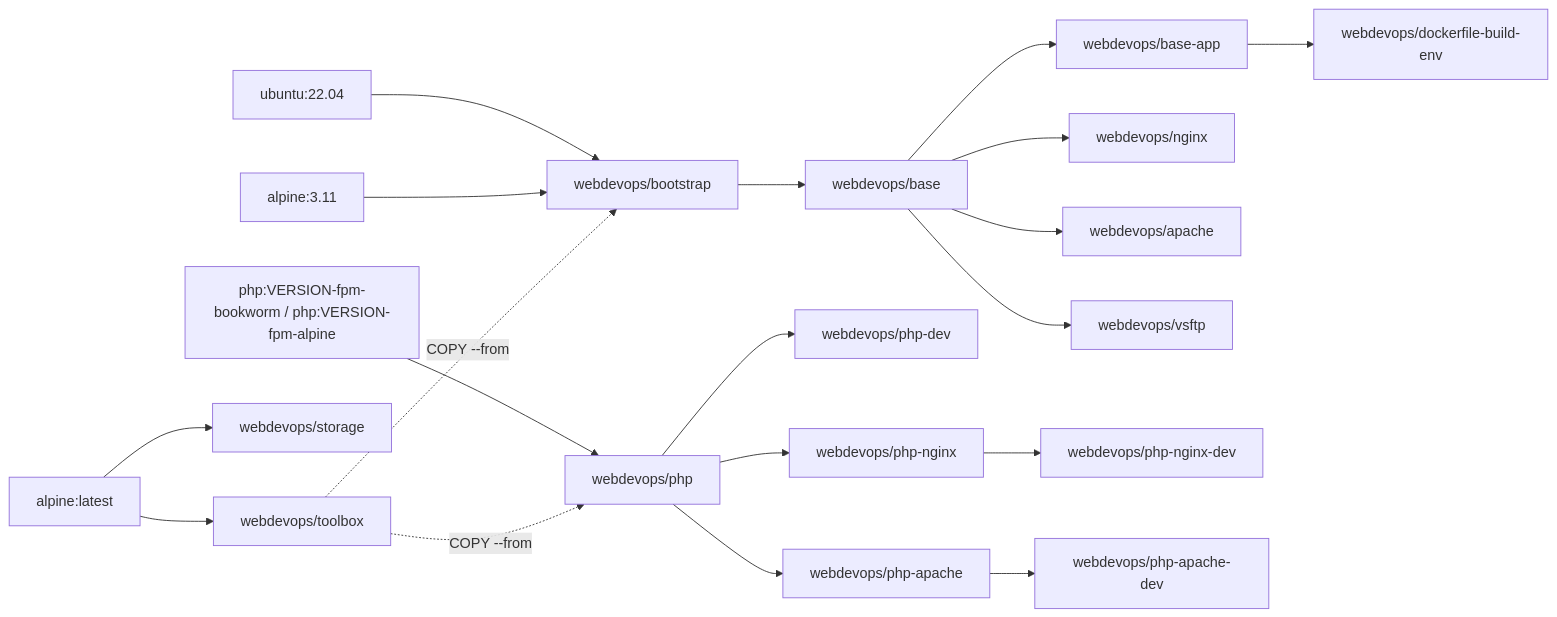
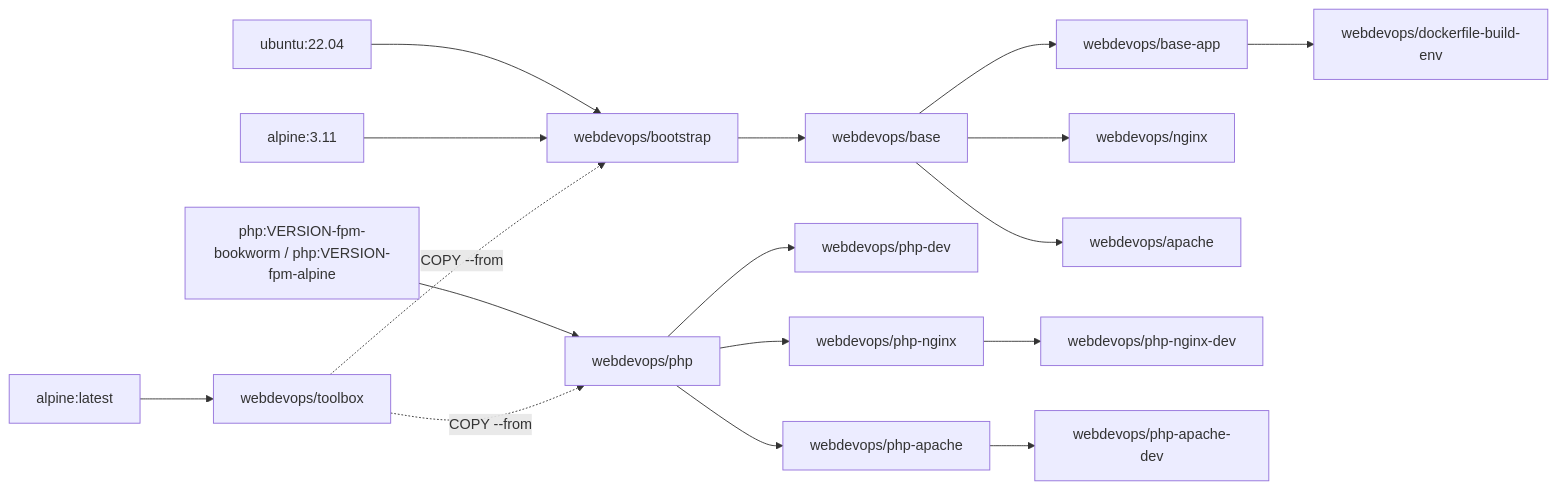
The diagram in docs/README.md (webdevops/Dockerfile), drawn with Mermaid before and after one commit. The commit also changed other lines of this file and 42 other files, not shown here.

First line of the commit message:
[!!!][TASK] Stop building storage, vsftp and ssh (#597)

````diff
--- a/docs/README.md
+++ b/docs/README.md
@@ -43,21 +44,19 @@
 ```mermaid
 flowchart LR
   ubuntu["ubuntu:22.04"] --> bootstrap["webdevops/bootstrap"]
   alpine311["alpine:3.11"] --> bootstrap
   bootstrap --> base["webdevops/base"]
   base --> baseapp["webdevops/base-app"]
   base --> nginx["webdevops/nginx"]
   base --> apache["webdevops/apache"]
-  base --> vsftp["webdevops/vsftp"]
   officialphp["php:VERSION-fpm-bookworm / php:VERSION-fpm-alpine"] --> php["webdevops/php"]
   php --> phpdev["webdevops/php-dev"]
   php --> phpnginx["webdevops/php-nginx"]
   php --> phpapache["webdevops/php-apache"]
   phpnginx --> phpnginxdev["webdevops/php-nginx-dev"]
   phpapache --> phpapachedev["webdevops/php-apache-dev"]
-  alpine["alpine:latest"] --> storage["webdevops/storage"]
-  alpine --> toolbox["webdevops/toolbox"]
+  alpine["alpine:latest"] --> toolbox["webdevops/toolbox"]
   baseapp --> buildenv["webdevops/dockerfile-build-env"]
   toolbox -. "COPY --from" .-> bootstrap
   toolbox -. "COPY --from" .-> php
 ```
````
